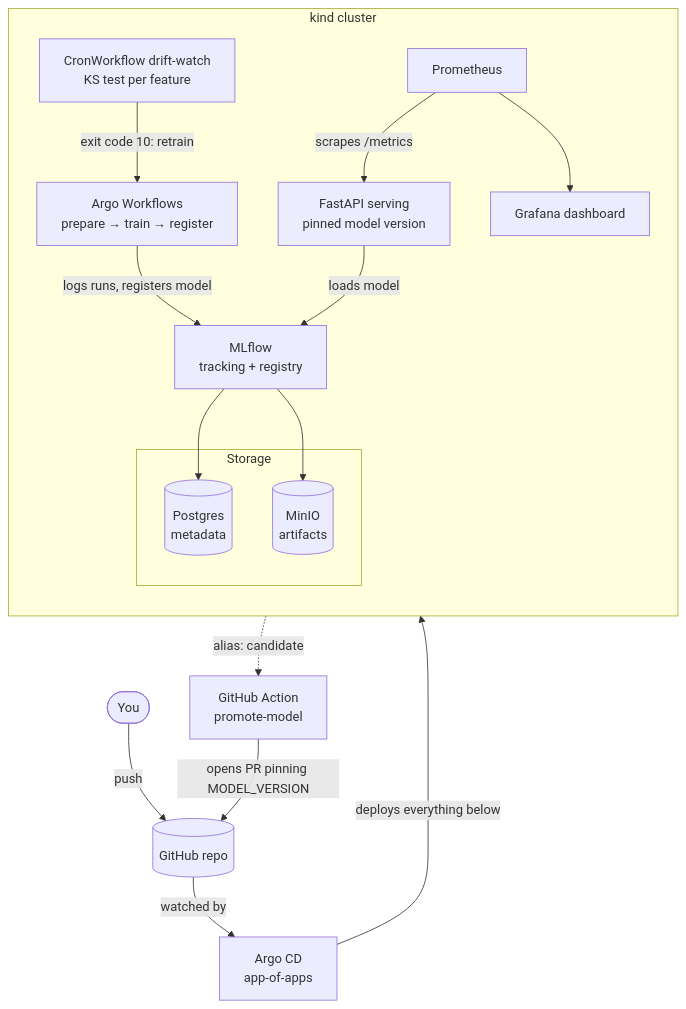
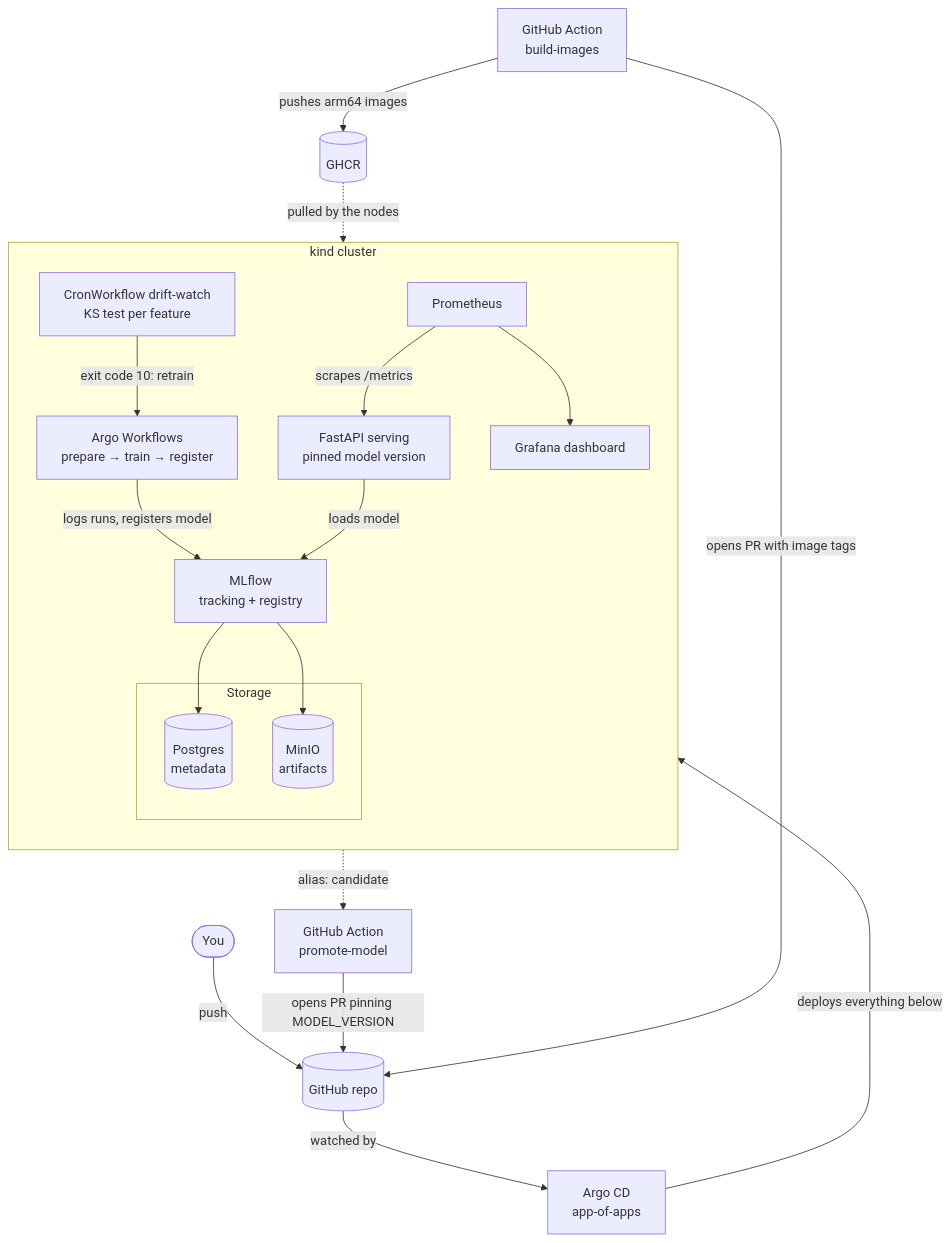
One commit to MykhailoKhil/mlops changed the diagram in README.md. Above: the diagram before and after it, drawn with Mermaid. The commit also changed other lines of this file, not shown here.

Commit message:
docs: README for CI-built images

````diff
--- a/README.md
+++ b/README.md
@@ -19,24 +19,28 @@
 ```mermaid
 flowchart TB
   dev([You]) -->|push| repo[(GitHub repo)]
   repo -->|watched by| argocd[Argo CD<br/>app-of-apps]
   argocd -->|deploys everything below| cluster
 
   subgraph cluster [kind cluster]
     direction TB
     subgraph store [Storage]
       pg[(Postgres<br/>metadata)]
       minio[(MinIO<br/>artifacts)]
     end
     mlflow[MLflow<br/>tracking + registry] --> pg
     mlflow --> minio
     wf[Argo Workflows<br/>prepare → train → register] -->|logs runs, registers model| mlflow
     cron[CronWorkflow drift-watch<br/>KS test per feature] -->|exit code 10: retrain| wf
     serving[FastAPI serving<br/>pinned model version] -->|loads model| mlflow
     prom[Prometheus] -->|scrapes /metrics| serving
     prom --> grafana[Grafana dashboard]
   end
 
   mlflow -.->|alias: candidate| action[GitHub Action<br/>promote-model]
   action -->|opens PR pinning MODEL_VERSION| repo
+
+  ci[GitHub Action<br/>build-images] -->|pushes arm64 images| ghcr[(GHCR)]
+  ci -->|opens PR with image tags| repo
+  ghcr -.->|pulled by the nodes| cluster
 ```
````
